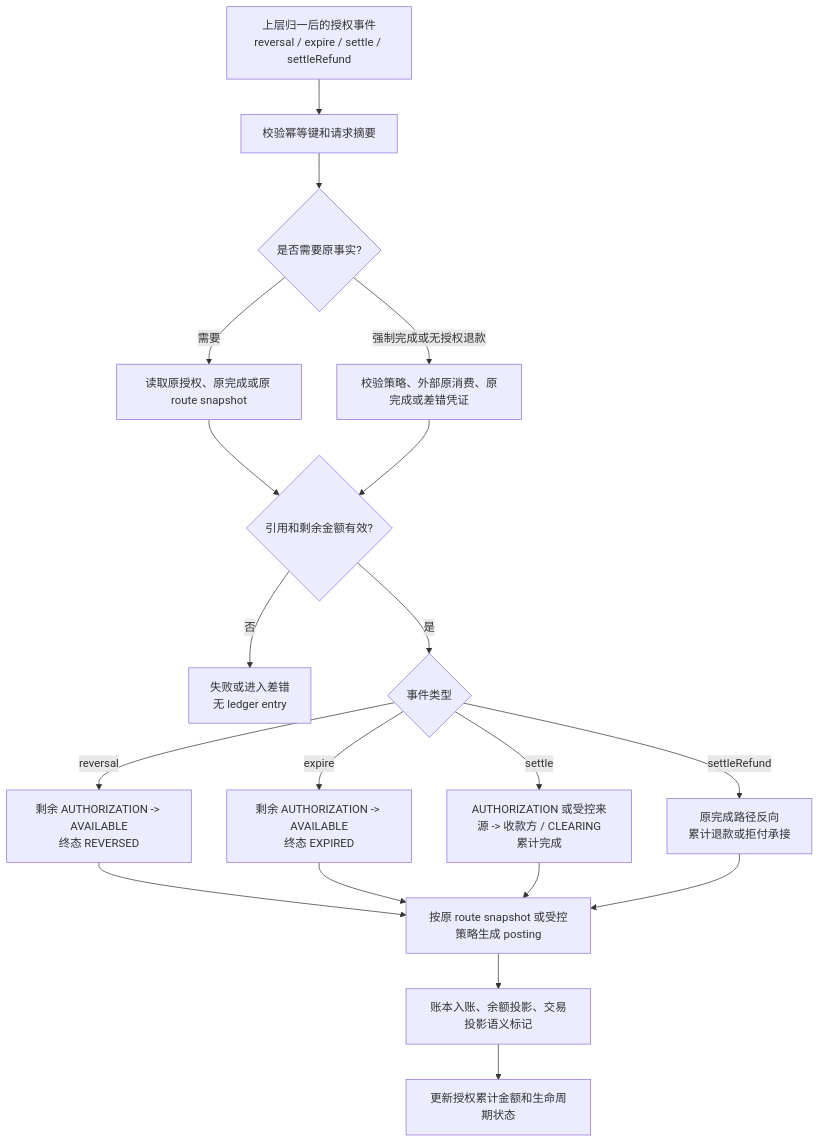
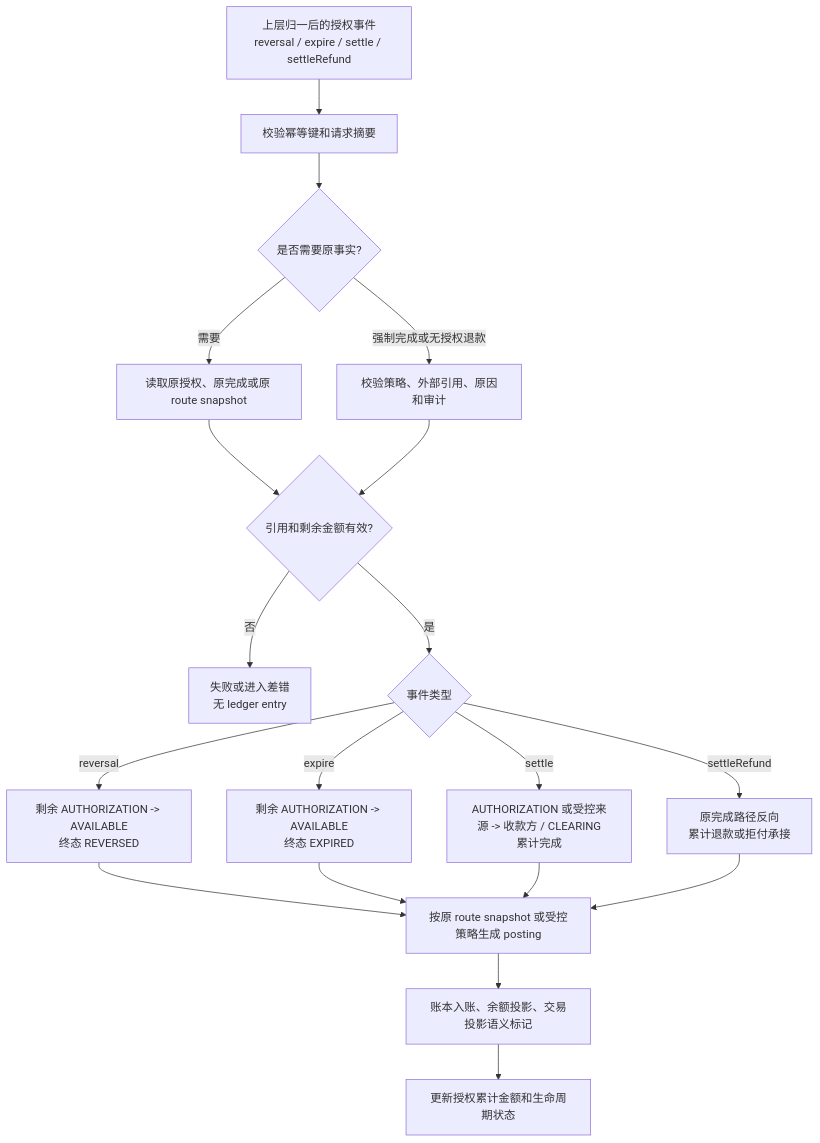
The fourth of 17 diagrams in docs/系分设计/02-交易路由钱包账目与投影系分设计.md (fengwuxp/wind-funds), drawn with Mermaid before and after one commit. The commit also changed other lines of this file and 18 other files, not shown here.

````diff
--- a/docs/系分设计/02-交易路由钱包账目与投影系分设计.md
+++ b/docs/系分设计/02-交易路由钱包账目与投影系分设计.md
@@ -250,21 +250,21 @@
 ```mermaid
 flowchart TD
     A["上层归一后的授权事件\nreversal / expire / settle / settleRefund"] --> B["校验幂等键和请求摘要"]
     B --> C{"是否需要原事实?"}
     C -- "需要" --> D["读取原授权、原完成或原 route snapshot"]
-    C -- "强制完成或无授权退款" --> E["校验策略、外部原消费、原完成或差错凭证"]
+    C -- "强制完成或无授权退款" --> E["校验策略、外部引用、原因和审计"]
     D --> F{"引用和剩余金额有效?"}
     E --> F
     F -- "否" --> G["失败或进入差错\n无 ledger entry"]
     F -- "是" --> H{"事件类型"}
     H -- "reversal" --> I["剩余 AUTHORIZATION -> AVAILABLE\n终态 REVERSED"]
     H -- "expire" --> J["剩余 AUTHORIZATION -> AVAILABLE\n终态 EXPIRED"]
     H -- "settle" --> K["AUTHORIZATION 或受控来源 -> 收款方 / CLEARING\n累计完成"]
     H -- "settleRefund" --> L["原完成路径反向\n累计退款或拒付承接"]
     I --> M["按原 route snapshot 或受控策略生成 posting"]
     J --> M
     K --> M
     L --> M
     M --> N["账本入账、余额投影、交易投影语义标记"]
     N --> O["更新授权累计金额和生命周期状态"]
 ```
````
